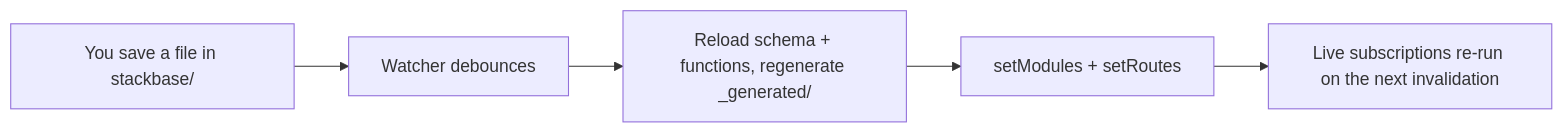
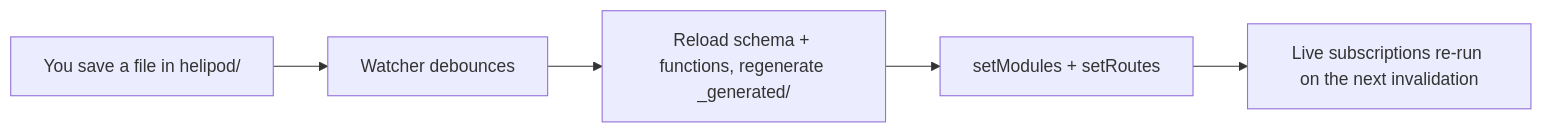
One commit to helipod-sh/helipod changed the diagram in website/content/docs/deploy/local-dev.mdx. Above: the diagram before and after it, drawn with Mermaid. The commit also changed other lines of this file and 1141 other files, not shown here.

First line of the commit message:
feat: rename project from stackbase to helipod

````diff
--- a/website/content/docs/deploy/local-dev.mdx
+++ b/website/content/docs/deploy/local-dev.mdx
@@ -142,7 +142,7 @@
 ```mermaid
 flowchart LR
-  Edit["You save a file in stackbase/"] --> Debounce["Watcher debounces"]
+  Edit["You save a file in helipod/"] --> Debounce["Watcher debounces"]
   Debounce --> Reload["Reload schema + functions, regenerate _generated/"]
   Reload --> Push["setModules + setRoutes"]
   Push --> Live["Live subscriptions re-run on the next invalidation"]
 ```
````
